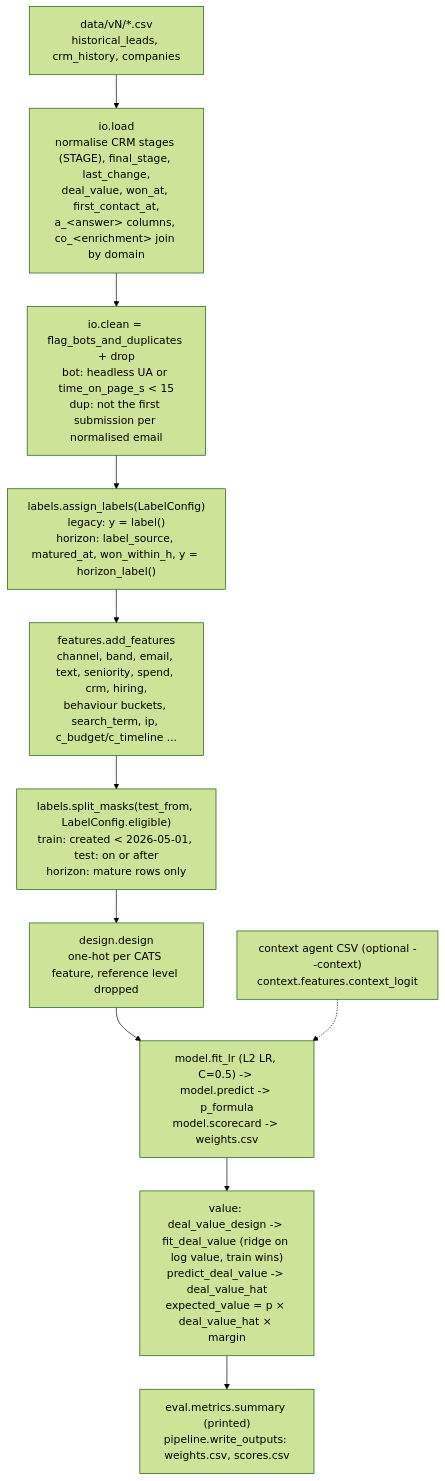
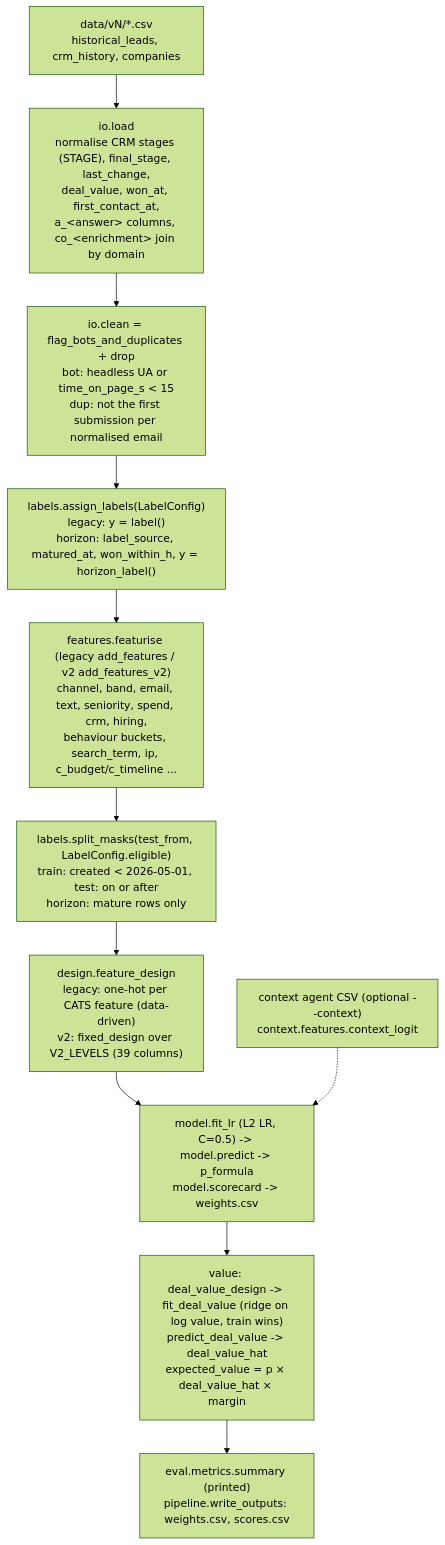
One commit to dsj-emva/learning-modal changed the first of 3 diagrams in docs/ARCHITECTURE.md. Above: the diagram before and after it, drawn with Mermaid (forest theme). The commit also changed other lines of this file and 5 other files, not shown here.

````diff
--- a/docs/ARCHITECTURE.md
+++ b/docs/ARCHITECTURE.md
@@ -13,14 +13,14 @@
 ```mermaid
 flowchart TD
     CSV["data/vN/*.csv<br/>historical_leads, crm_history, companies"] --> LOAD
     LOAD["io.load<br/>normalise CRM stages (STAGE), final_stage, last_change,<br/>deal_value, won_at, first_contact_at,<br/>a_&lt;answer&gt; columns, co_&lt;enrichment&gt; join by domain"] --> CLEAN
     CLEAN["io.clean = flag_bots_and_duplicates + drop<br/>bot: headless UA or time_on_page_s &lt; 15<br/>dup: not the first submission per normalised email"] --> LABELS
     LABELS["labels.assign_labels(LabelConfig)<br/>legacy: y = label()<br/>horizon: label_source, matured_at, won_within_h, y = horizon_label()"] --> FEAT
-    FEAT["features.add_features<br/>channel, band, email, text, seniority, spend, crm, hiring,<br/>behaviour buckets, search_term, ip, c_budget/c_timeline ..."] --> SPLIT
+    FEAT["features.featurise (legacy add_features / v2 add_features_v2)<br/>channel, band, email, text, seniority, spend, crm, hiring,<br/>behaviour buckets, search_term, ip, c_budget/c_timeline ..."] --> SPLIT
     SPLIT["labels.split_masks(test_from, LabelConfig.eligible)<br/>train: created &lt; 2026-05-01, test: on or after<br/>horizon: mature rows only"] --> DESIGN
-    DESIGN["design.design<br/>one-hot per CATS feature, reference level dropped"] --> FIT
+    DESIGN["design.feature_design<br/>legacy: one-hot per CATS feature (data-driven)<br/>v2: fixed_design over V2_LEVELS (39 columns)"] --> FIT
     FIT["model.fit_lr (L2 LR, C=0.5) -> model.predict -> p_formula<br/>model.scorecard -> weights.csv"] --> VALUE
     VALUE["value: deal_value_design -> fit_deal_value (ridge on log value, train wins)<br/>predict_deal_value -> deal_value_hat<br/>expected_value = p × deal_value_hat × margin"] --> OUT
     CTX["context agent CSV (optional --context)<br/>context.features.context_logit"] -.-> FIT
     OUT["eval.metrics.summary (printed)<br/>pipeline.write_outputs: weights.csv, scores.csv"]
 ```
````
